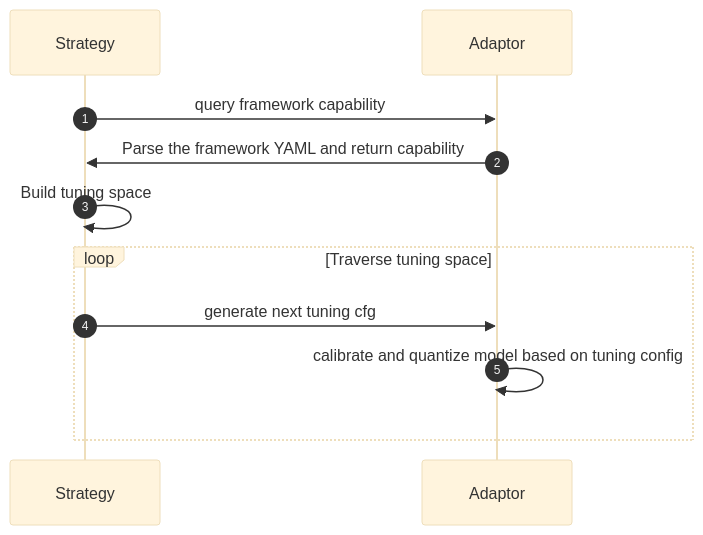
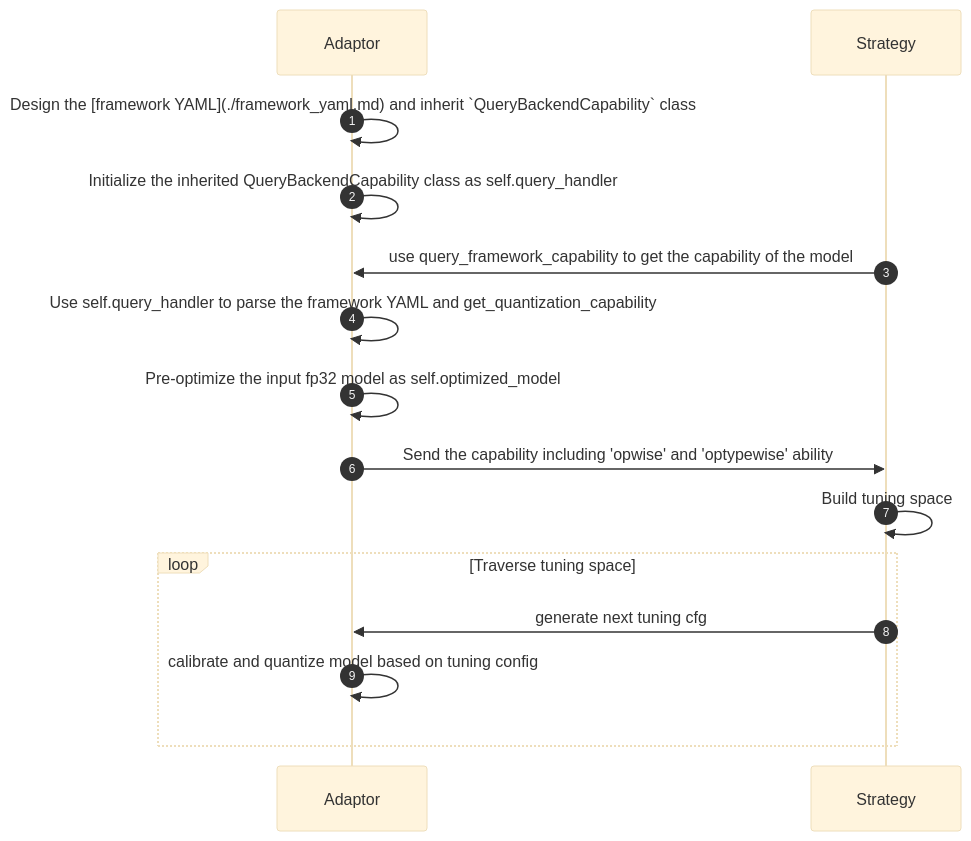
Before and after one commit to intel/neural-compressor: the diagram in docs/source/add_new_adaptor.md, drawn with Mermaid (base theme). The commit also changed other lines of this file, not shown here.

Commit message:
fix the graph and list

````diff
--- a/docs/source/add_new_adaptor.md
+++ b/docs/source/add_new_adaptor.md
@@ -25,12 +25,17 @@
 ```mermaid
   sequenceDiagram
   	autonumber
-    Strategy ->> Adaptor: query framework capability
-    Adaptor ->> Strategy: Parse the framework YAML and return capability
+  	autonumber
+    Adaptor ->> Adaptor: Design the [framework YAML](./framework_yaml.md) and inherit `QueryBackendCapability` class
+    Adaptor ->> Adaptor: Initialize the inherited QueryBackendCapability class as self.query_handler
+    Strategy ->> Adaptor: use query_framework_capability to get the capability of the model
+    Adaptor ->> Adaptor: Use self.query_handler to parse the framework YAML and get_quantization_capability
+    Adaptor ->> Adaptor: Pre-optimize the input fp32 model as self.optimized_model
+    Adaptor ->> Strategy: Send the capability including 'opwise' and 'optypewise' ability
     Strategy ->> Strategy: Build tuning space
     loop Traverse tuning space
     	Strategy->> Adaptor: generate next tuning cfg
         Adaptor ->> Adaptor: calibrate and quantize model based on tuning config
 
     end
 ```
````
